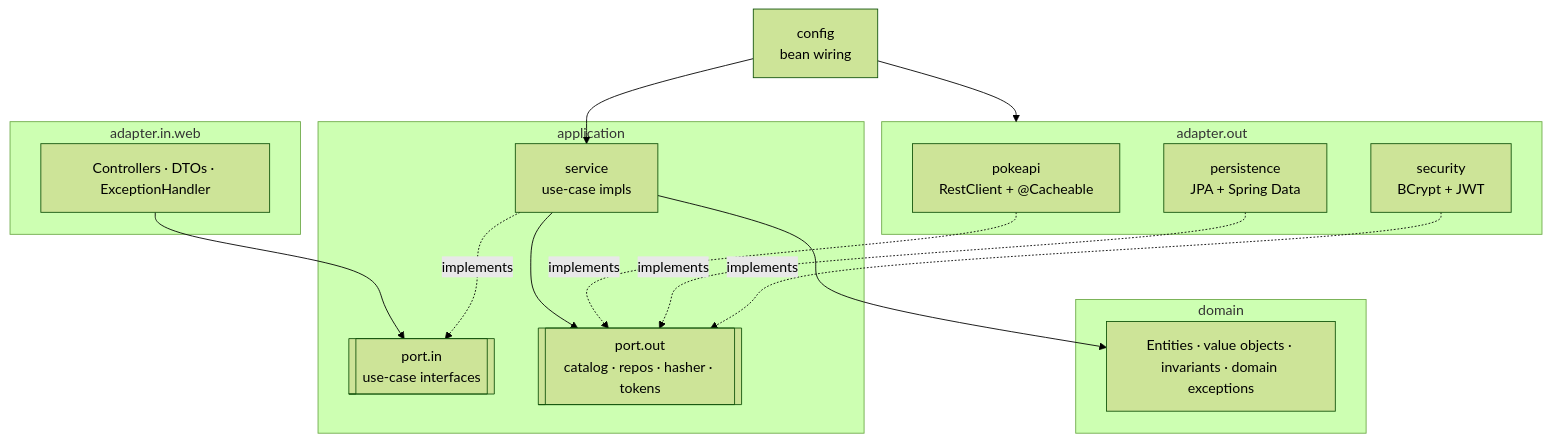
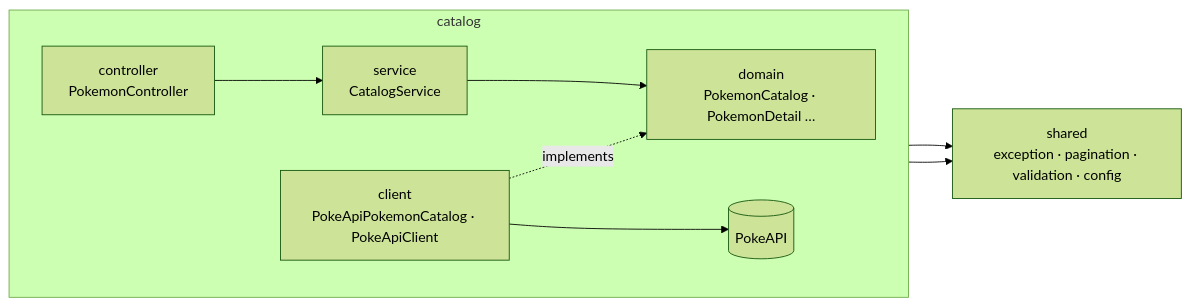
Before and after one commit to tiagosgalvao/poke-app: the second of 4 diagrams in docs/ARCHITECTURE.md, drawn with Mermaid (forest theme). The commit also changed other lines of this file and 11 other files, not shown here.

````diff
--- a/docs/ARCHITECTURE.md
+++ b/docs/ARCHITECTURE.md
@@ -89,30 +110,12 @@
 ```mermaid
-flowchart TB
-  subgraph adapters_in[adapter.in.web]
-    ctrl[Controllers · DTOs · ExceptionHandler]
+flowchart LR
+  subgraph catalog
+    direction LR
+    ctrl[controller<br/>PokemonController] --> svc[service<br/>CatalogService]
+    svc --> dom[domain<br/>PokemonCatalog · PokemonDetail …]
+    cli[client<br/>PokeApiPokemonCatalog · PokeApiClient] -. implements .-> dom
+    cli --> api[(PokeAPI)]
   end
-  subgraph application
-    portin[[port.in<br/>use-case interfaces]]
-    svc[service<br/>use-case impls]
-    portout[[port.out<br/>catalog · repos · hasher · tokens]]
-  end
-  subgraph domain
-    model[Entities · value objects · invariants · domain exceptions]
-  end
-  subgraph adapters_out[adapter.out]
-    pokeapi[pokeapi<br/>RestClient + @Cacheable]
-    persistence[persistence<br/>JPA + Spring Data]
-    security[security<br/>BCrypt + JWT]
-  end
-  config[config<br/>bean wiring]
-
-  ctrl --> portin
-  svc -. implements .-> portin
-  svc --> portout
-  svc --> model
-  pokeapi -. implements .-> portout
-  persistence -. implements .-> portout
-  security -. implements .-> portout
-  config --> svc
-  config --> adapters_out
+  ctrl --> shared[shared<br/>exception · pagination · validation · config]
+  svc --> shared
 ```
````
